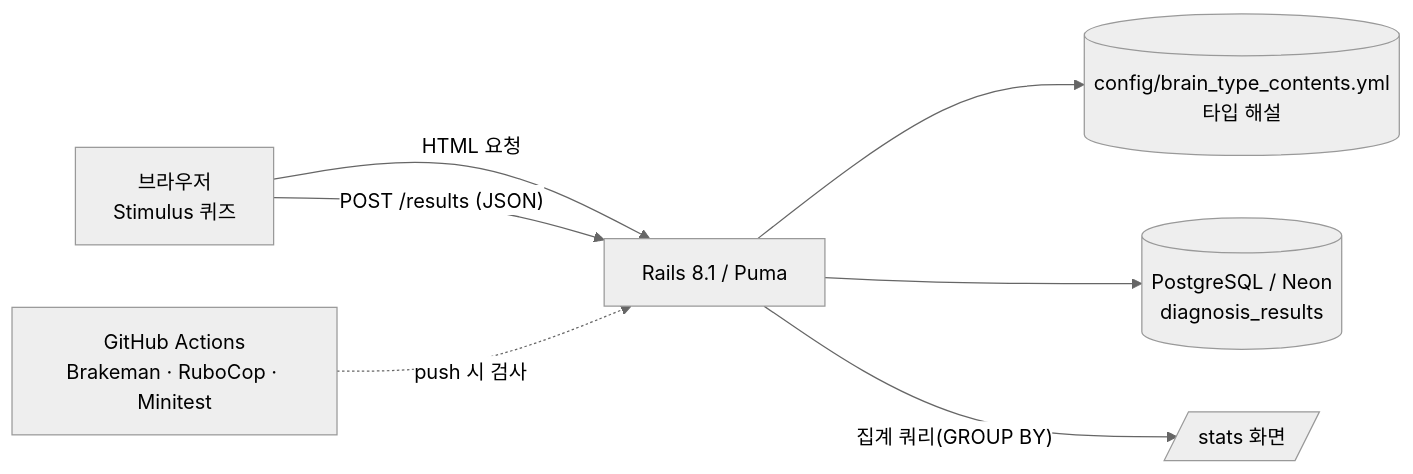
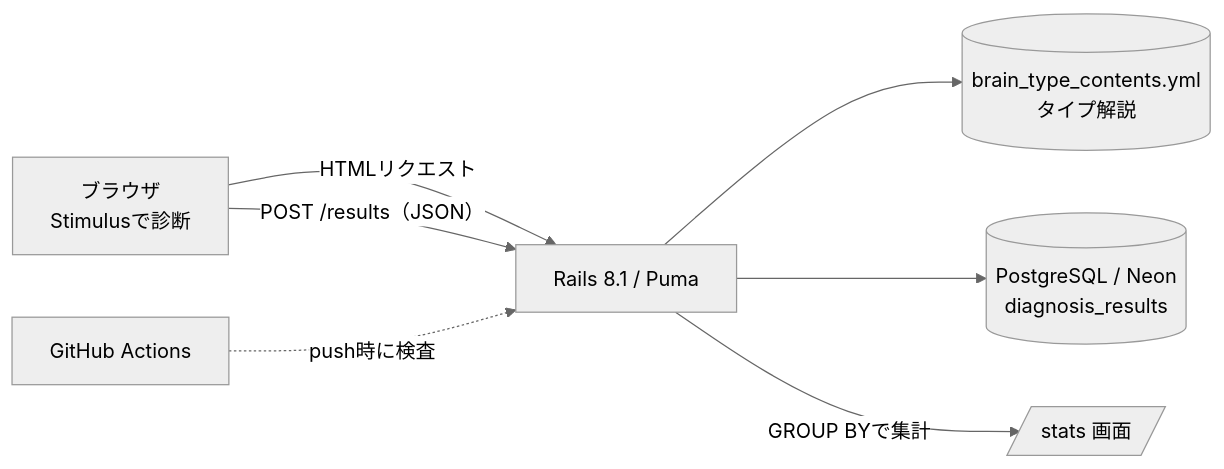
The first of 3 diagrams in README.md (YIDONGYONG/kiminonoha), drawn with Mermaid (neutral theme) before and after one commit. The commit also changed other lines of this file, not shown here.

````diff
--- a/README.md
+++ b/README.md
@@ -68,9 +69,9 @@
 ```mermaid
 flowchart LR
-  U[브라우저<br/>Stimulus 퀴즈] -- "HTML 요청" --> R[Rails 8.1 / Puma]
-  U -- "POST /results (JSON)" --> R
-  R --> Y[(config/brain_type_contents.yml<br/>타입 해설)]
+  U[ブラウザ<br/>Stimulusで診断] -- "HTMLリクエスト" --> R[Rails 8.1 / Puma]
+  U -- "POST /results（JSON）" --> R
+  R --> Y[(brain_type_contents.yml<br/>タイプ解説)]
   R --> DB[(PostgreSQL / Neon<br/>diagnosis_results)]
-  R -- "집계 쿼리(GROUP BY)" --> S[/stats 화면/]
-  GH[GitHub Actions<br/>Brakeman · RuboCop · Minitest] -. "push 시 검사" .-> R
+  R -- "GROUP BYで集計" --> S[/stats 画面/]
+  GH[GitHub Actions] -. "push時に検査" .-> R
 ```
````
